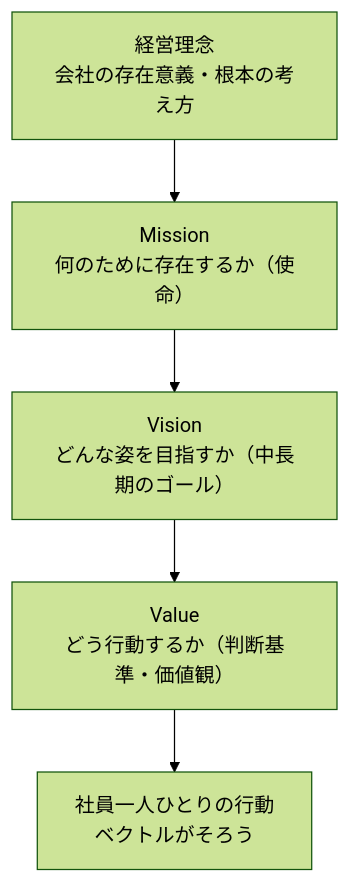
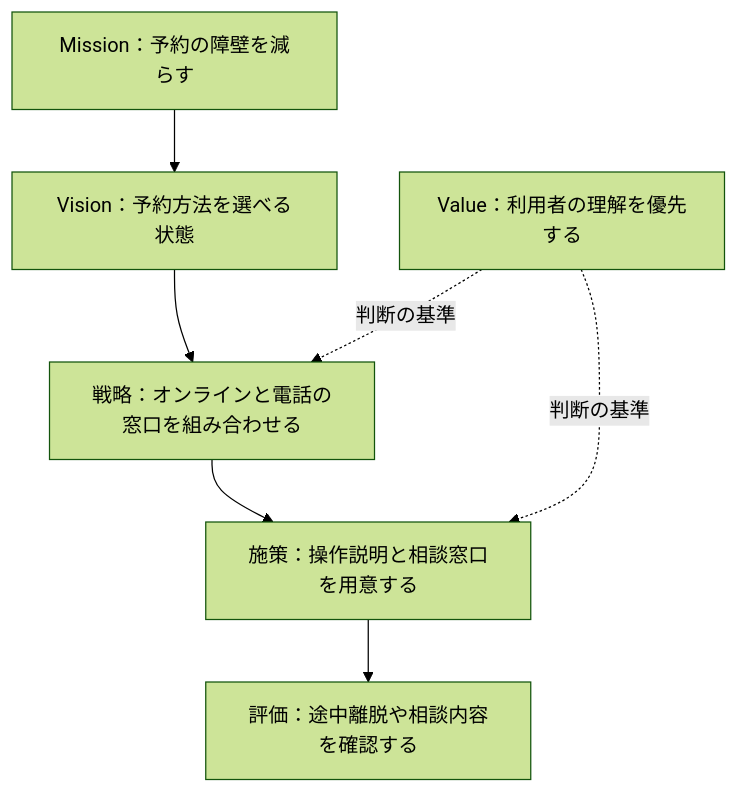
The diagram in src/data/post/theory/corporate-mission-mvv/index.md (sasisi344/syllabus-hack), drawn with Mermaid (forest theme) before and after one commit. The commit also changed other lines of this file and 26 other files, not shown here.

````diff
--- a/src/data/post/theory/corporate-mission-mvv/index.md
+++ b/src/data/post/theory/corporate-mission-mvv/index.md
@@ -35,7 +47,9 @@
-```mermaid caption="経営理念とMVVの関係"
-flowchart TB
-  P["経営理念<br/>会社の存在意義・根本の考え方"] --> M["Mission<br/>何のために存在するか（使命）"]
-  M --> V["Vision<br/>どんな姿を目指すか（中長期のゴール）"]
-  V --> VA["Value<br/>どう行動するか（判断基準・価値観）"]
-  VA --> A["社員一人ひとりの行動<br/>ベクトルがそろう"]
+```mermaid
+flowchart TD
+  A["Mission：予約の障壁を減らす"] --> B["Vision：予約方法を選べる状態"]
+  B --> C["戦略：オンラインと電話の窓口を組み合わせる"]
+  C --> D["施策：操作説明と相談窓口を用意する"]
+  D --> E["評価：途中離脱や相談内容を確認する"]
+  V["Value：利用者の理解を優先する"] -. 判断の基準 .-> C
+  V -. 判断の基準 .-> D
 ```
````
